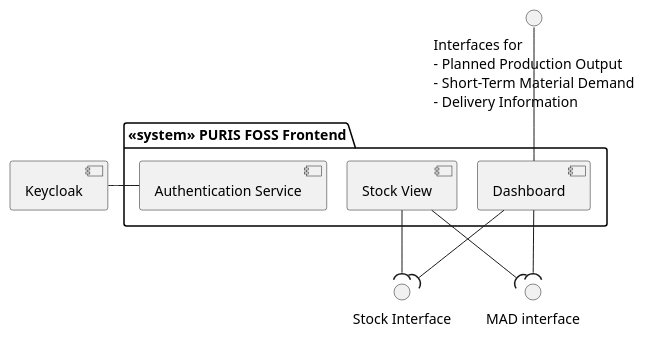
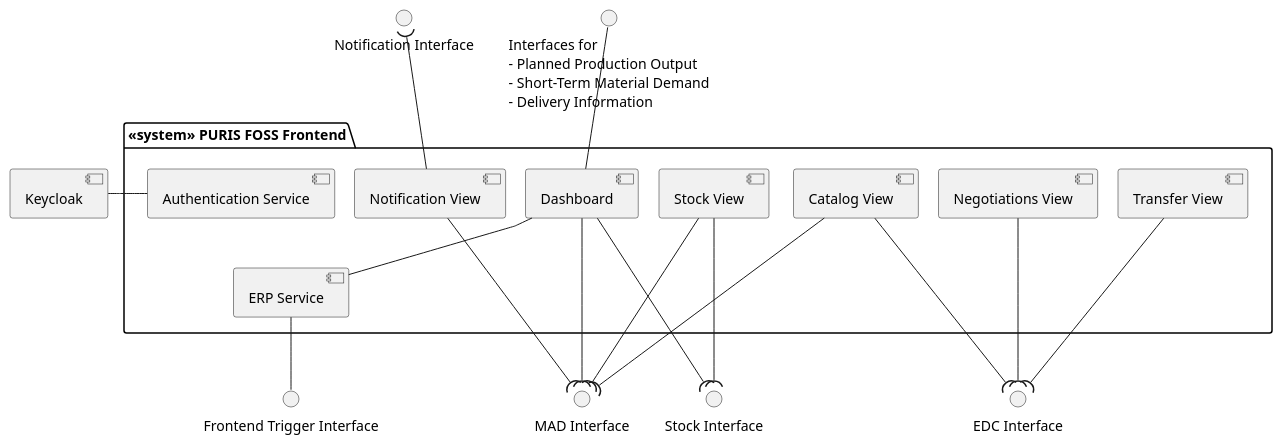
The diagram in docs/architecture/puml/05-level-1-frontend.puml (eclipse-tractusx/puris), drawn with PlantUML before and after one commit. The commit also changed 6 other files, not shown here.

Commit message:
docs(BuildingBlockView): added notifications and days of supply

```diff
--- a/docs/architecture/puml/05-level-1-frontend.puml
+++ b/docs/architecture/puml/05-level-1-frontend.puml
@@ -1,24 +1,51 @@
 @startuml
 skinparam linetype polyline
 skinparam nodesep 20
 skinparam ranksep 50
 
+() erp_frontend_interface as "Frontend Trigger Interface"
+() edc_interface as "EDC Interface"
+() mad_interface as "MAD Interface"
+() edc_interface as "EDC Interface"
+() notifications_interface as "Notification Interface"
+
 package "<<system>> PURIS FOSS Frontend"{
 
-  [Stock View] as stock_view
-  [Dashboard] as dashboard
-  [Authentication Service] as auth_service
-
+  [ERP Service] as erp_service
+  together {
+    [Stock View] as stock_view
+    [Notification View] as notifications_view
+    [Dashboard] as dashboard
+    [Authentication Service] as auth_service
+  }
+  together {
+    [Catalog View] as catalog_view
+    [Negotiations View] as negotiations_view
+    [Transfer View] as transfer_view
+  }
 }
 "Interfaces for\n- Planned Production Output\n- Short-Term Material Demand\n- Delivery Information" -- dashboard
 [Keycloak] as idp
 
 idp - auth_service
 
-stock_view --( "Stock Interface"
-stock_view --( "MAD interface"
+stock_view ---( "Stock Interface"
+stock_view ---( mad_interface
 
-dashboard --( "Stock Interface"
-dashboard --( "MAD interface"
+dashboard ---( "Stock Interface"
+dashboard ---( mad_interface
+notifications_view ---( mad_interface
+notifications_interface )-- notifications_view
+
+catalog_view ---( edc_interface
+catalog_view ---( mad_interface
+negotiations_view ---( edc_interface
+transfer_view ---( edc_interface
+
+erp_service - dashboard
+erp_frontend_interface -up- erp_service
+dashboard -[hidden]right- stock_view
+
+auth_service -[hidden]down- erp_service
 
 @enduml
```
